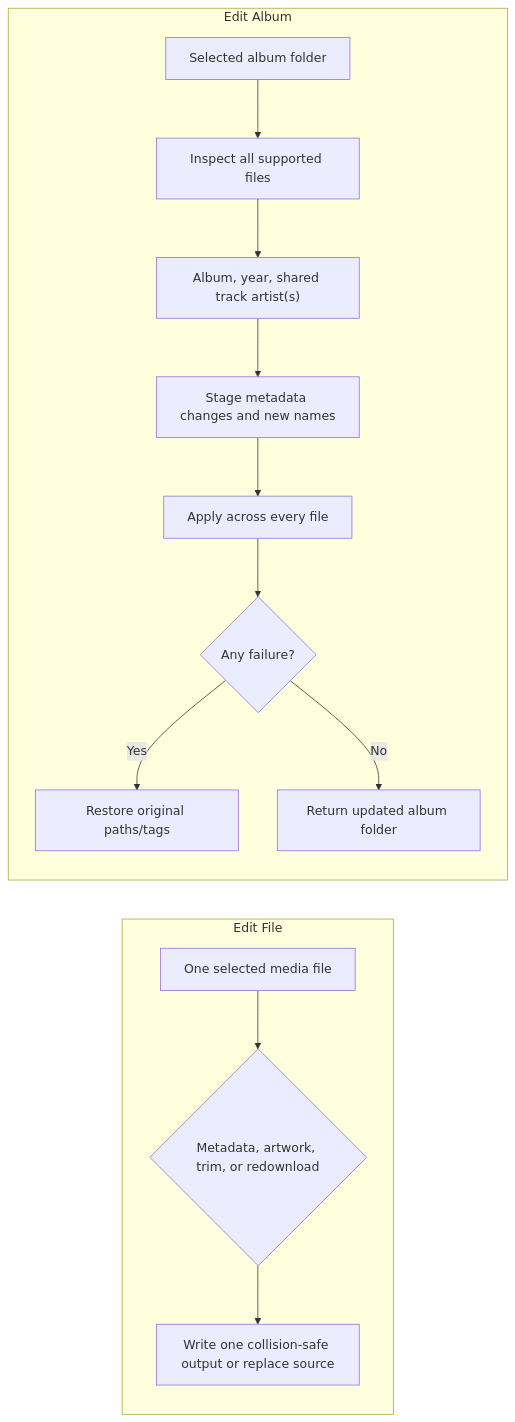
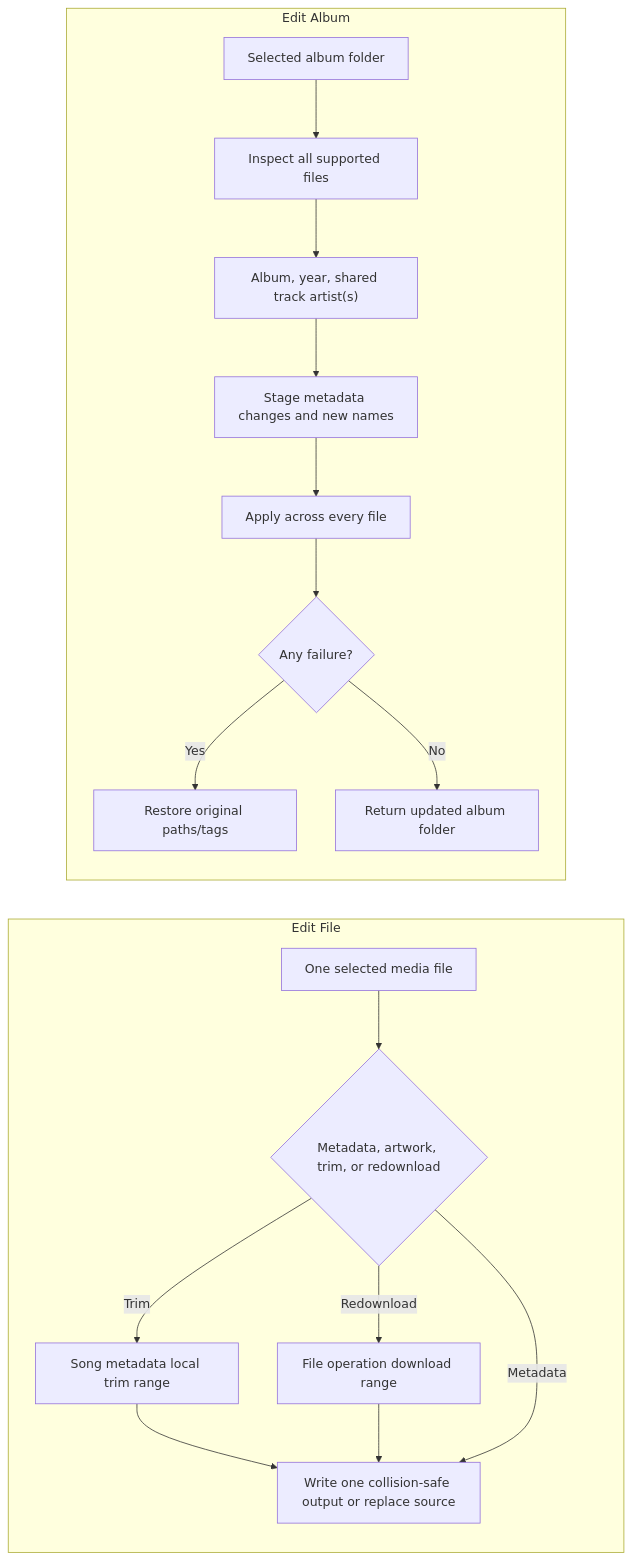
Before and after one commit to DhimanGhosh/YouTube_Media_Studio: the sixth of 12 diagrams in docs/WORKFLOW_DESIGNS.md, drawn with Mermaid. The commit also changed other lines of this file and 12 other files, not shown here.

````diff
--- a/docs/WORKFLOW_DESIGNS.md
+++ b/docs/WORKFLOW_DESIGNS.md
@@ -153,17 +153,21 @@
 ```mermaid
 flowchart LR
     subgraph EditFile["Edit File"]
         One["One selected media file"] --> Action{"Metadata, artwork, trim, or redownload"}
-        Action --> OneWrite["Write one collision-safe output or replace source"]
+        Action -->|Trim| LocalRange["Song metadata local trim range"]
+        Action -->|Redownload| DownloadRange["File operation download range"]
+        LocalRange --> OneWrite
+        DownloadRange --> OneWrite
+        Action -->|Metadata| OneWrite["Write one collision-safe output or replace source"]
     end
 
     subgraph EditAlbum["Edit Album"]
         Folder["Selected album folder"] --> Inspect["Inspect all supported files"]
         Inspect --> Shared["Album, year, shared track artist(s)"]
         Shared --> Stage["Stage metadata changes and new names"]
         Stage --> Apply["Apply across every file"]
         Apply --> Rollback{"Any failure?"}
         Rollback -->|Yes| Restore["Restore original paths/tags"]
         Rollback -->|No| Done["Return updated album folder"]
     end
 ```
````
